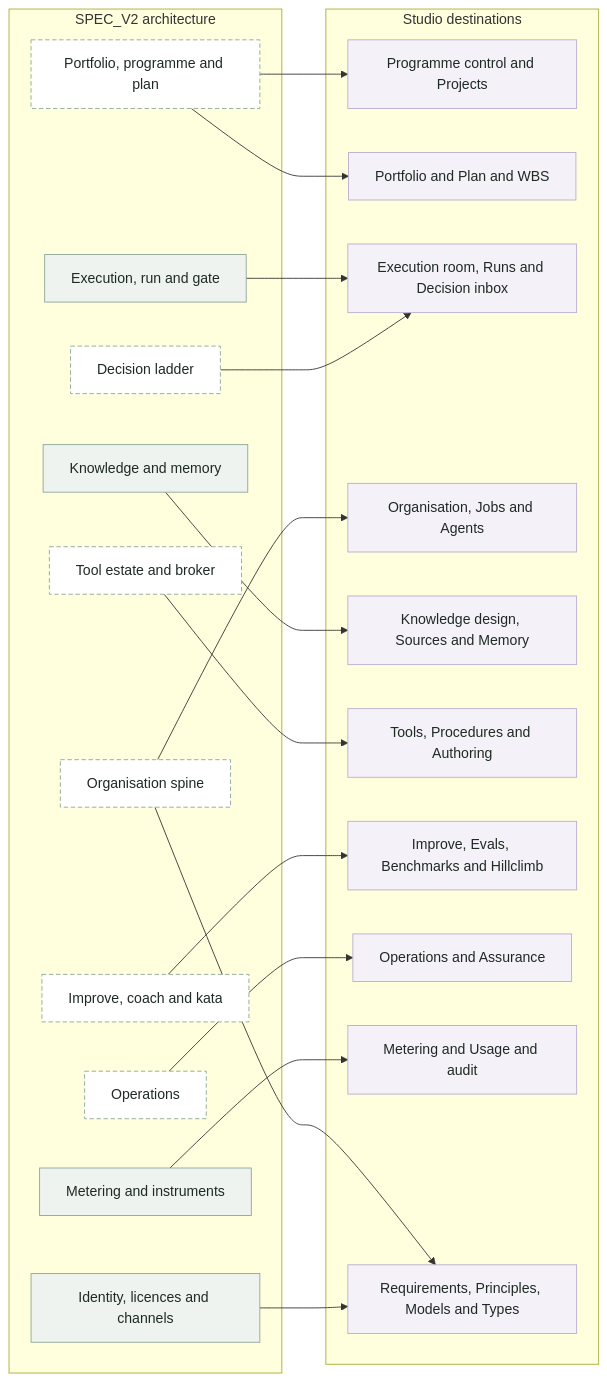
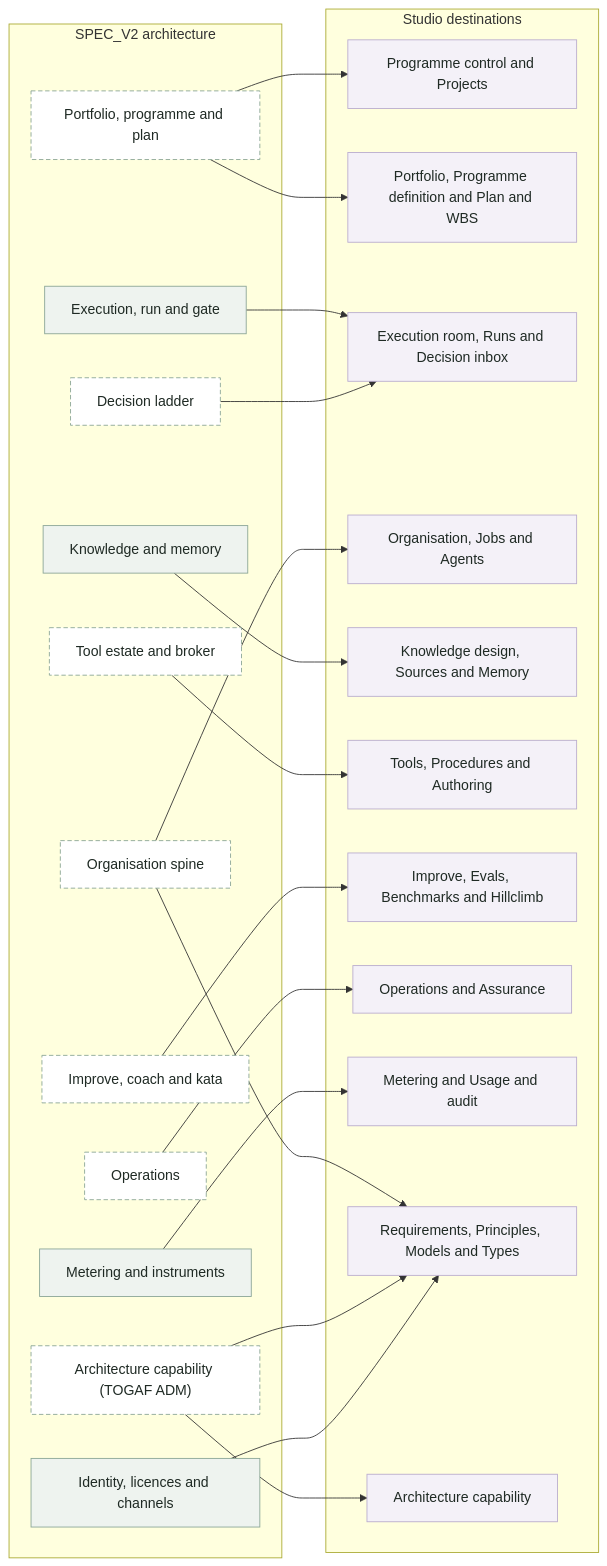
Before and after one commit to nonagenticai/conveyor: the diagram in docs/design/architecture/diagrams/ui-map.mmd, drawn with Mermaid. The commit also changed 27 other files, not shown here.

First line of the commit message:
programme: the MSP and TOGAF rigour layer (#216) (#232)

```diff
--- a/docs/design/architecture/diagrams/ui-map.mmd
+++ b/docs/design/architecture/diagrams/ui-map.mmd
@@ -1,40 +1,44 @@
 flowchart LR
   subgraph ARCH["SPEC_V2 architecture"]
     ORG["Organisation spine"]:::v2
     PLAN["Portfolio, programme and plan"]:::v2
+    ADM["Architecture capability (TOGAF ADM)"]:::v2
     RUN["Execution, run and gate"]:::v1
     DEC["Decision ladder"]:::v2
     KM["Knowledge and memory"]:::v1
     TOOL["Tool estate and broker"]:::v2
     IMP["Improve, coach and kata"]:::v2
     OPS["Operations"]:::v2
     MET["Metering and instruments"]:::v1
     AUTH["Identity, licences and channels"]:::v1
   end
   subgraph UI["Studio destinations"]
     U1["Programme control and Projects"]:::ui
-    U2["Portfolio and Plan and WBS"]:::ui
+    U2["Portfolio, Programme definition and Plan and WBS"]:::ui
     U3["Execution room, Runs and Decision inbox"]:::ui
     U4["Organisation, Jobs and Agents"]:::ui
     U5["Knowledge design, Sources and Memory"]:::ui
     U6["Tools, Procedures and Authoring"]:::ui
     U7["Improve, Evals, Benchmarks and Hillclimb"]:::ui
     U8["Operations and Assurance"]:::ui
     U9["Metering and Usage and audit"]:::ui
     U10["Requirements, Principles, Models and Types"]:::ui
+    U11["Architecture capability"]:::ui
   end
   ORG --> U4
   ORG --> U10
   PLAN --> U1
   PLAN --> U2
+  ADM --> U11
+  ADM --> U10
   RUN --> U3
   DEC --> U3
   KM --> U5
   TOOL --> U6
   IMP --> U7
   OPS --> U8
   MET --> U9
   AUTH --> U10
   classDef v1 fill:#eef3ef,stroke:#8aa596,color:#1f2a24
   classDef v2 fill:#ffffff,stroke:#8aa596,stroke-dasharray:5 3,color:#1f2a24
   classDef ui fill:#f4f1f8,stroke:#b9acce,color:#1f2a24
```
